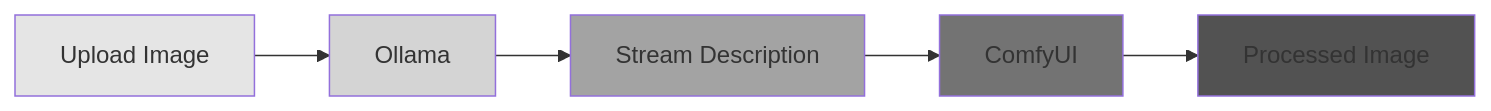
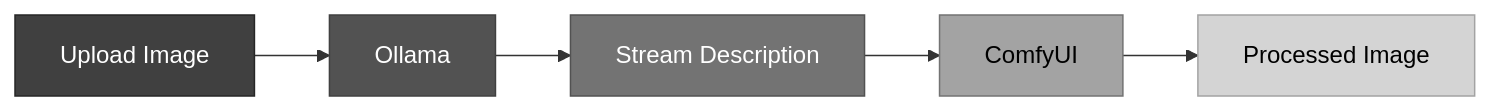
Before and after one commit to johnnaumann/anthroposcenic_001: the first of 4 diagrams in README.md, drawn with Mermaid. The commit also changed other lines of this file, not shown here.

Commit message:
Update README to enforce monotone styling in diagrams and flowcharts. Adjust color schemes to grayscale for improved consistency and accessibility across documentation. Add notes for user interface, server, and processing components in sequence diagrams.

````diff
--- a/README.md
+++ b/README.md
@@ -7,13 +7,13 @@
 ```mermaid
 flowchart LR
     A[Upload Image] --> B[Ollama]
     B --> C[Stream Description]
     C --> D[ComfyUI]
     D --> E[Processed Image]
     
-    style A fill:#e5e5e5
-    style B fill:#d4d4d4
-    style C fill:#a3a3a3
-    style D fill:#737373
-    style E fill:#525252
+    style A fill:#404040,stroke:#262626,color:#ffffff
+    style B fill:#525252,stroke:#404040,color:#ffffff
+    style C fill:#737373,stroke:#525252,color:#ffffff
+    style D fill:#a3a3a3,stroke:#737373,color:#000000
+    style E fill:#d4d4d4,stroke:#a3a3a3,color:#000000
 ```
````
